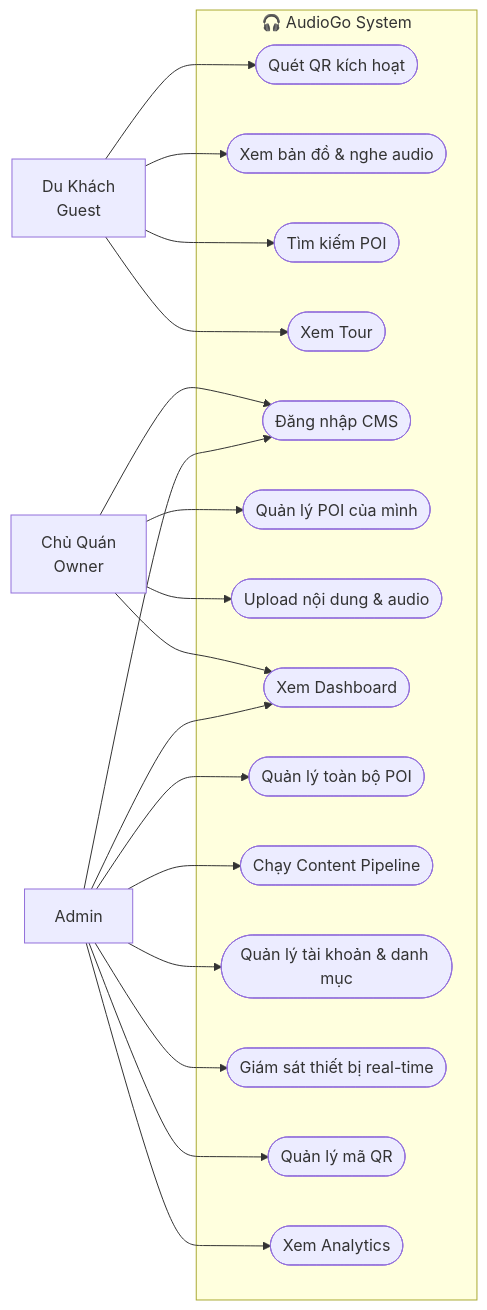
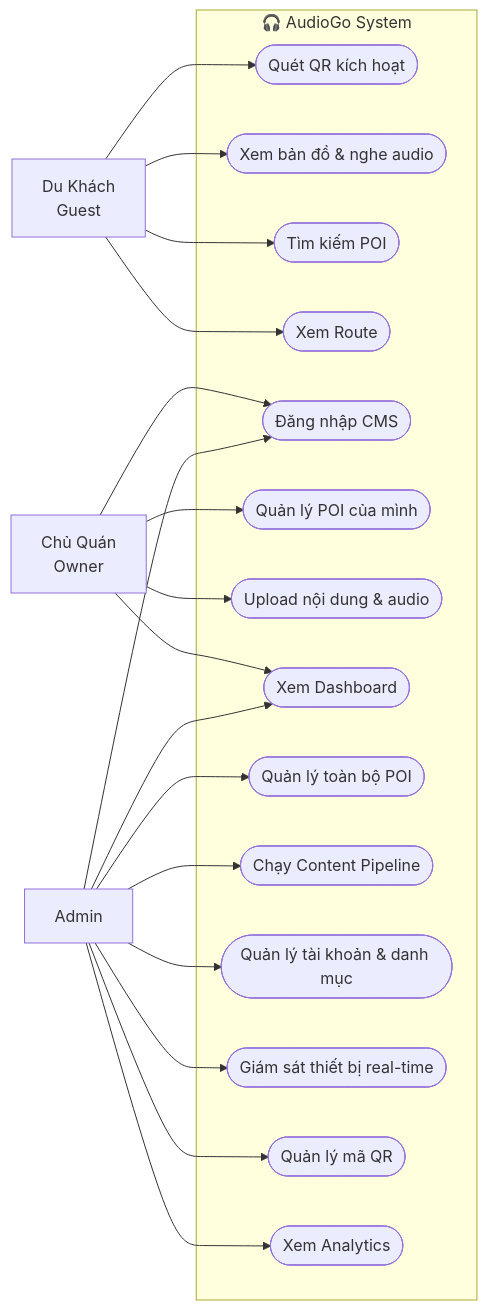
One commit to AudioGo-Project/AudioGo changed the first of 46 diagrams in PRD.md. Above: the diagram before and after it, drawn with Mermaid. The commit also changed other lines of this file, not shown here.

Commit message:
docs: Split Mobile sequence diagrams by UC and add POI priority logic in Geofence sequence

````diff
--- a/PRD.md
+++ b/PRD.md
@@ -462,42 +462,42 @@
 ```mermaid
 flowchart LR
     G["Du Khách\nGuest"]
     O["Chủ Quán\nOwner"]
     A["Admin"]
 
     subgraph AG["🎧 AudioGo System"]
         U1(["Quét QR kích hoạt"])
         U2(["Xem bản đồ & nghe audio"])
         U3(["Tìm kiếm POI"])
-        U4(["Xem Tour"])
+        U4(["Xem Route"])
         U5(["Đăng nhập CMS"])
         U6(["Quản lý POI của mình"])
         U7(["Upload nội dung & audio"])
         U8(["Xem Dashboard"])
         U9(["Quản lý toàn bộ POI"])
         U10(["Chạy Content Pipeline"])
         U11(["Quản lý tài khoản & danh mục"])
         U12(["Giám sát thiết bị real-time"])
         U13(["Quản lý mã QR"])
         U14(["Xem Analytics"])
     end
 
     G --> U1
     G --> U2
     G --> U3
     G --> U4
 
     O --> U5
     O --> U6
     O --> U7
     O --> U8
 
     A --> U5
     A --> U8
     A --> U9
     A --> U10
     A --> U11
     A --> U12
     A --> U13
     A --> U14
 ```
````
